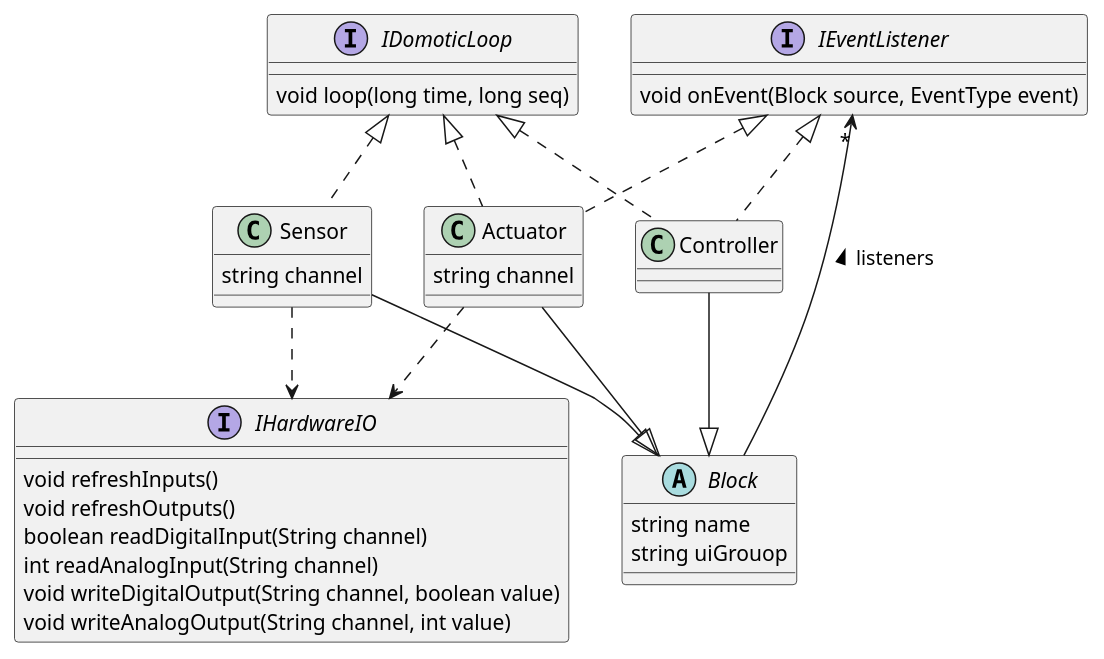
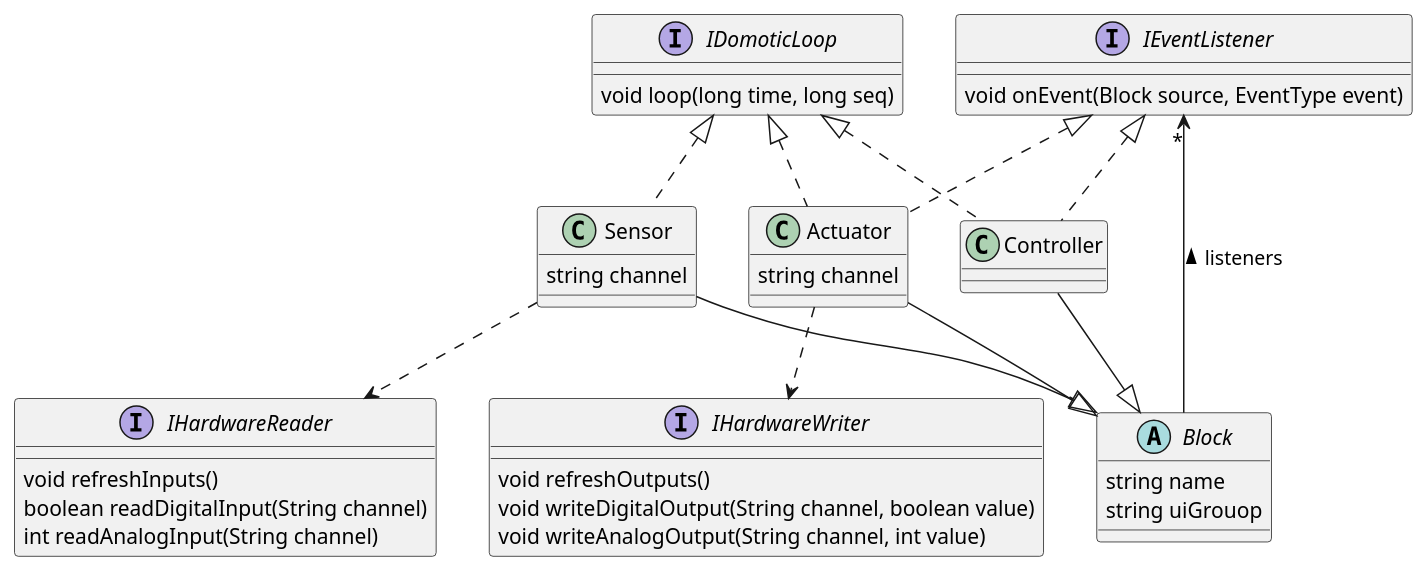
The second of 3 diagrams in DESIGN.md (dvaneynde/hwdriver), drawn with PlantUML before and after one commit. The commit also changed other lines of this file and 33 other files, not shown here.

Commit message:
Remove sequence from loop(), since it is not used nor useful.

````diff
--- a/DESIGN.md
+++ b/DESIGN.md
@@ -87,55 +87,61 @@
 ```plantuml
 @startuml
 
 abstract class Block {
     string name
     string uiGrouop
 }
 
 interface IDomoticLoop {
     void loop(long time, long seq)
 }
 
 interface IEventListener {
     void onEvent(Block source, EventType event)
 }
 
 class Sensor  {
     string channel
 }
 
 class Controller {
 
 }
 
 class Actuator {
     string channel
 }
 
-interface IHardwareIO {
+interface IHardwareReader {
     void refreshInputs()
-    void refreshOutputs()
     boolean readDigitalInput(String channel)
     int readAnalogInput(String channel)
+
+}
+
+interface IHardwareWriter {
+    void refreshOutputs()
     void writeDigitalOutput(String channel, boolean value)
     void writeAnalogOutput(String channel, int value)
 
 }
 
 IDomoticLoop <|.. Sensor
 IDomoticLoop <|.. Controller
 IEventListener <|.. Controller
 IDomoticLoop <|.. Actuator
 IEventListener <|.. Actuator
 
+Sensor ..> IHardwareReader
+
 Sensor --|> Block
 Controller --|> Block
 Actuator --|> Block
 
+Actuator ..> IHardwareWriter
+
 IEventListener "*" <-- Block  : listeners <
 
-Sensor ..> IHardwareIO
-Actuator ..> IHardwareIO
 
 @enduml
 ```
````
